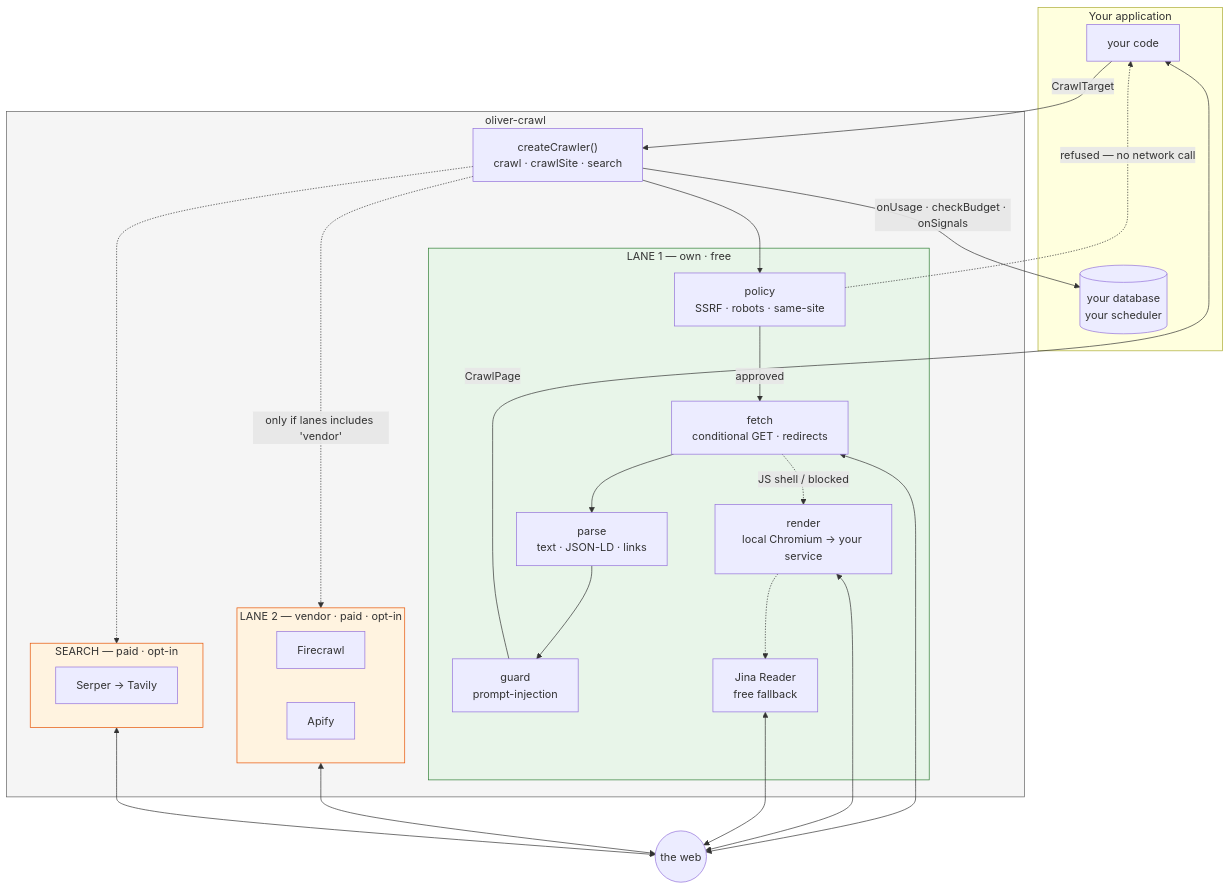
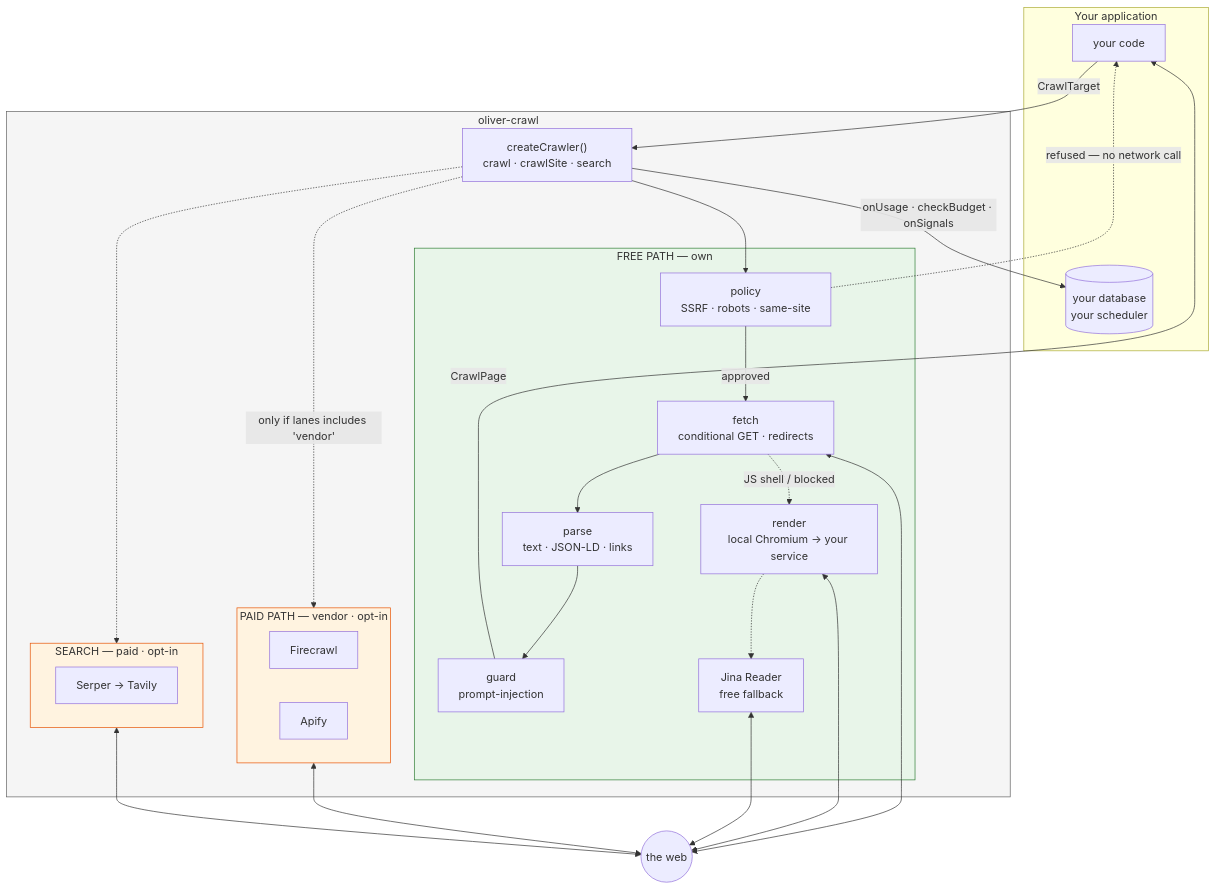
One commit to oliver-chase/oliver-crawl changed the first of 4 diagrams in docs/ARCHITECTURE.md. Above: the diagram before and after it, drawn with Mermaid. The commit also changed other lines of this file and 16 other files, not shown here.

````diff
--- a/docs/ARCHITECTURE.md
+++ b/docs/ARCHITECTURE.md
@@ -7,54 +7,54 @@
 ```mermaid
 flowchart TB
     subgraph YOU["Your application"]
         APP["your code"]
         DB[("your database<br/>your scheduler")]
     end
 
     subgraph PKG["oliver-crawl"]
         API["createCrawler()<br/>crawl · crawlSite · search"]
 
-        subgraph L1["LANE 1 — own · free"]
+        subgraph L1["FREE PATH — own"]
             POL["policy<br/>SSRF · robots · same-site"]
             FETCH["fetch<br/>conditional GET · redirects"]
             PARSE["parse<br/>text · JSON-LD · links"]
             GUARD["guard<br/>prompt-injection"]
             REND["render<br/>local Chromium → your service"]
             JINA["Jina Reader<br/>free fallback"]
         end
 
-        subgraph L2["LANE 2 — vendor · paid · opt-in"]
+        subgraph L2["PAID PATH — vendor · opt-in"]
             FC["Firecrawl"]
             AP["Apify"]
         end
 
         subgraph S["SEARCH — paid · opt-in"]
             SP["Serper → Tavily"]
         end
     end
 
     WEB(("the web"))
 
     APP -->|"CrawlTarget"| API
     API --> POL
     POL -->|"approved"| FETCH
     POL -.->|"refused — no network call"| APP
     FETCH --> PARSE --> GUARD
     FETCH -.->|"JS shell / blocked"| REND -.-> JINA
     API -.->|"only if lanes includes 'vendor'"| L2
     API -.-> S
 
     FETCH <--> WEB
     REND <--> WEB
     JINA <--> WEB
     L2 <--> WEB
     S <--> WEB
 
     GUARD -->|"CrawlPage"| APP
     API -->|"onUsage · checkBudget · onSignals"| DB
 
     style L1 fill:#e8f5e9,stroke:#2e7d32
     style L2 fill:#fff3e0,stroke:#e65100
     style S fill:#fff3e0,stroke:#e65100
     style PKG fill:#f5f5f5,stroke:#616161
 ```
````
